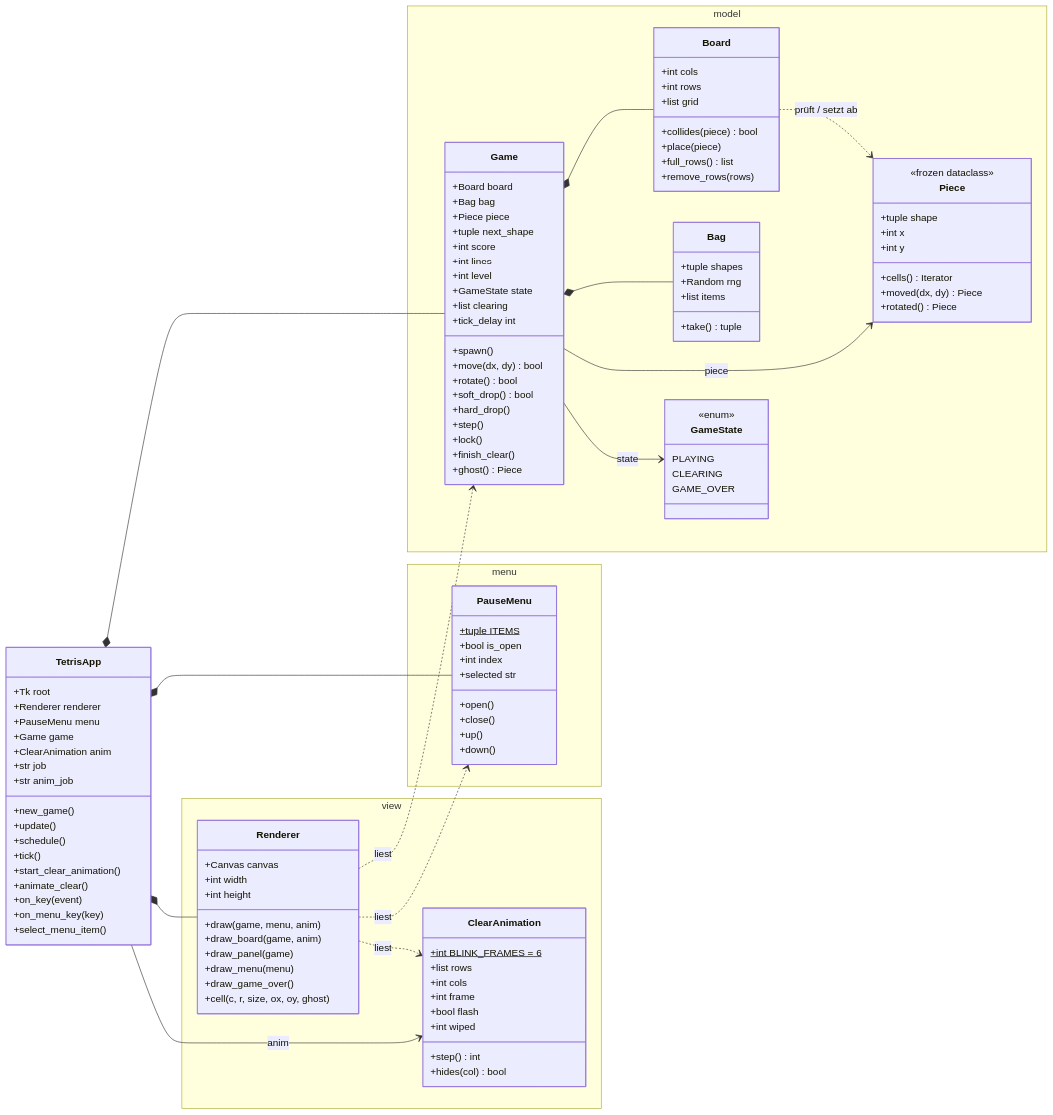
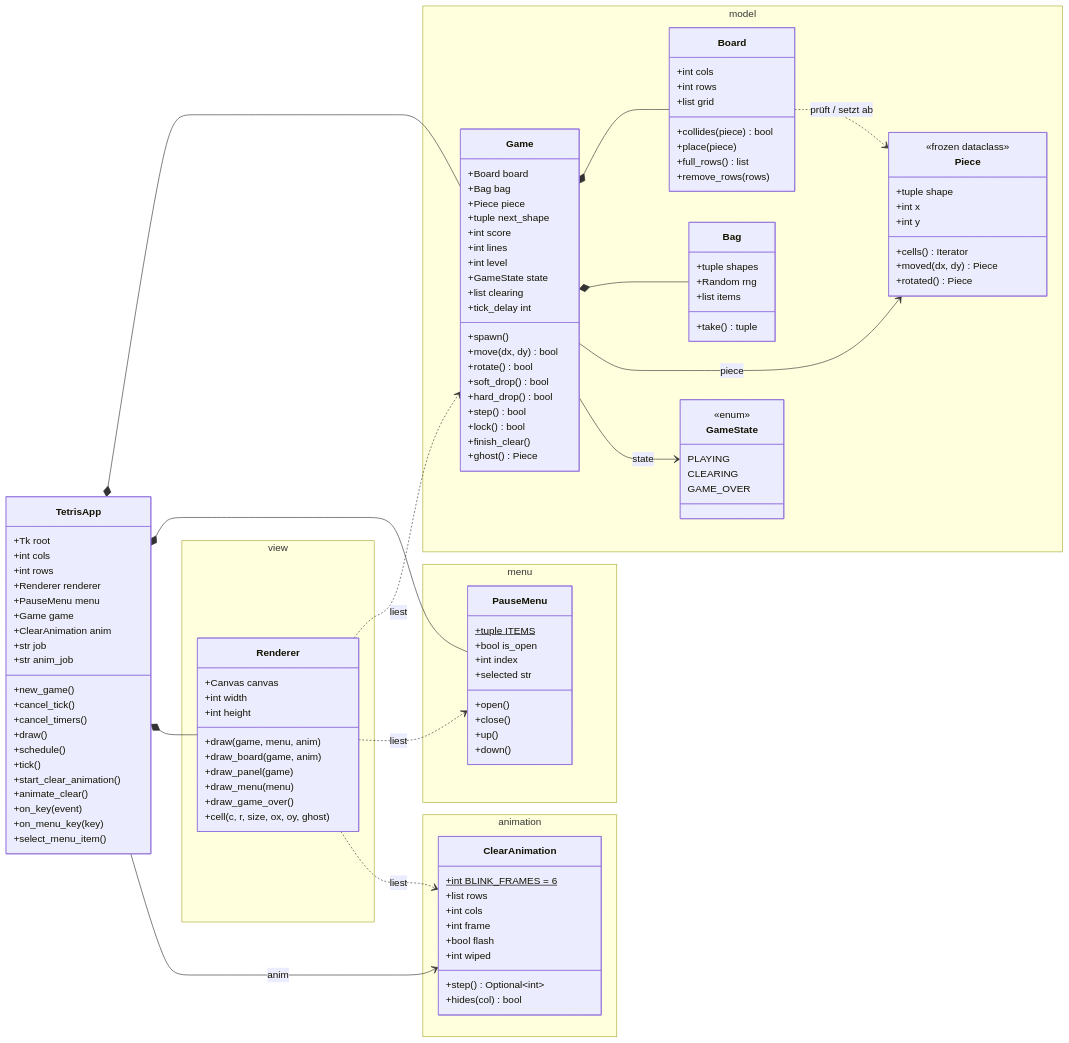
The first of 6 diagrams in docs/Diagramme.md (Krysek/Quickstart-mit-Claude), drawn with Mermaid before and after one commit. The commit also changed other lines of this file and 7 other files, not shown here.

```diff
--- a/docs/Diagramme.md
+++ b/docs/Diagramme.md
@@ -56,9 +56,9 @@
             +move(dx, dy) bool
             +rotate() bool
             +soft_drop() bool
-            +hard_drop()
-            +step()
-            +lock()
+            +hard_drop() bool
+            +step() bool
+            +lock() bool
             +finish_clear()
             +ghost() Piece
         }
@@ -77,7 +77,7 @@
         }
     }
 
-    namespace view {
+    namespace animation {
         class ClearAnimation {
             +int BLINK_FRAMES = 6$
             +list rows
@@ -85,9 +85,12 @@
             +int frame
             +bool flash
             +int wiped
-            +step() int
+            +step() Optional~int~
             +hides(col) bool
         }
+    }
+
+    namespace view {
         class Renderer {
             +Canvas canvas
             +int width
@@ -103,6 +106,8 @@
 
     class TetrisApp {
         +Tk root
+        +int cols
+        +int rows
         +Renderer renderer
         +PauseMenu menu
         +Game game
@@ -110,7 +115,9 @@
         +str job
         +str anim_job
         +new_game()
-        +update()
+        +cancel_tick()
+        +cancel_timers()
+        +draw()
         +schedule()
         +tick()
         +start_clear_animation()
```
